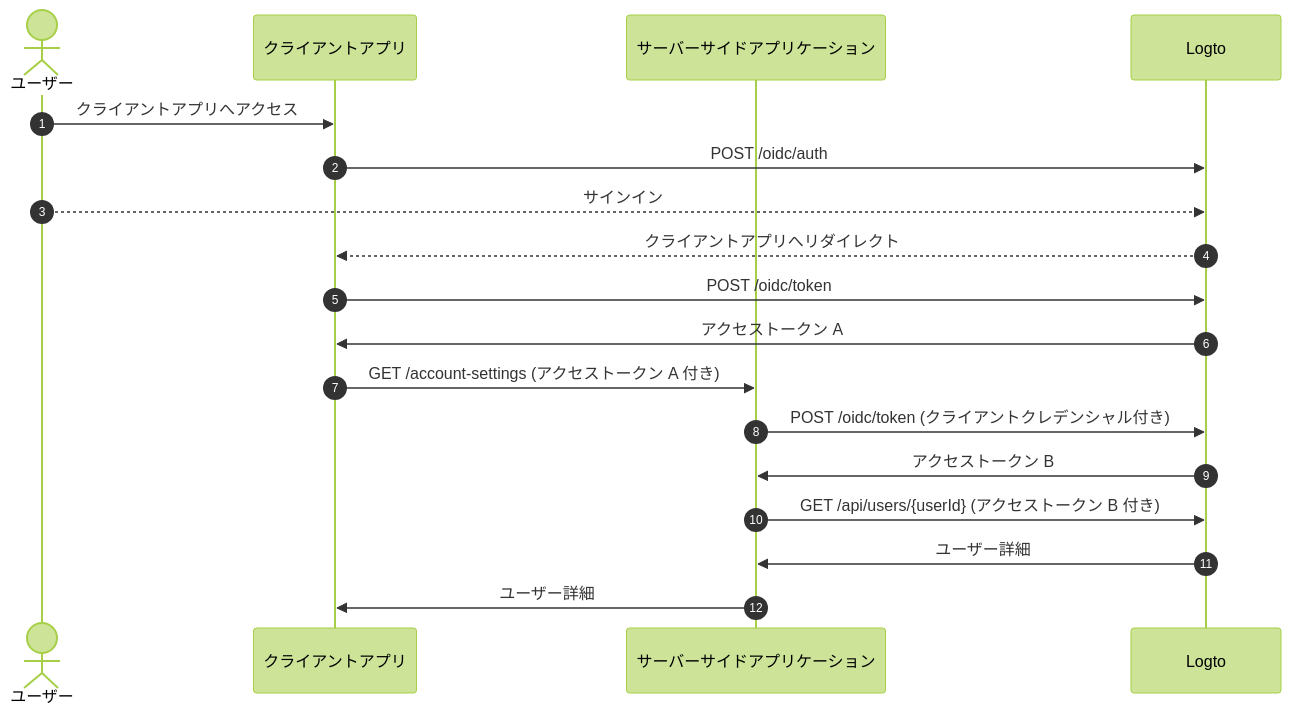
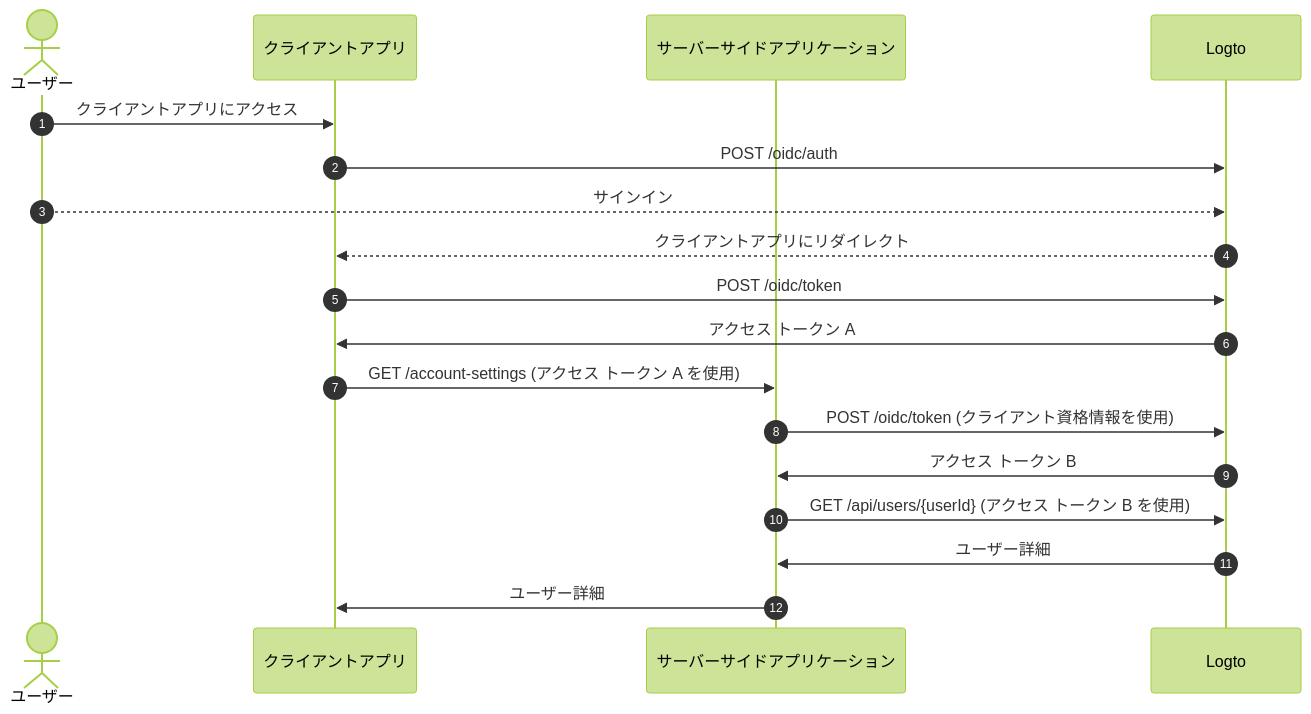
The second of 3 diagrams in i18n/ja/docusaurus-plugin-content-docs/current/end-user-flows/account-settings/by-management-api.mdx (logto-io/docs), drawn with Mermaid (forest theme) before and after one commit. The commit also changed other lines of this file and 102 other files, not shown here.

````diff
--- a/i18n/ja/docusaurus-plugin-content-docs/current/end-user-flows/account-settings/by-management-api.mdx
+++ b/i18n/ja/docusaurus-plugin-content-docs/current/end-user-flows/account-settings/by-management-api.mdx
@@ -27,21 +27,21 @@
 ```mermaid
   sequenceDiagram
     autonumber
     actor User as ユーザー
     participant Client as クライアントアプリ
     participant Server as サーバーサイドアプリケーション
     participant Logto as Logto
 
-    User ->> Client: クライアントアプリへアクセス
+    User ->> Client: クライアントアプリにアクセス
     Client ->> Logto: POST /oidc/auth
     User -->> Logto: サインイン
-    Logto -->> Client: クライアントアプリへリダイレクト
+    Logto -->> Client: クライアントアプリにリダイレクト
     Client ->> Logto: POST /oidc/token
-    Logto ->> Client: アクセストークン A
-    Client ->> Server: GET /account-settings (アクセストークン A 付き)
-    Server ->> Logto: POST /oidc/token (クライアントクレデンシャル付き)
-    Logto ->> Server: アクセストークン B
-    Server ->> Logto: GET /api/users/{userId} (アクセストークン B 付き)
+    Logto ->> Client: アクセス トークン A
+    Client ->> Server: GET /account-settings (アクセス トークン A を使用)
+    Server ->> Logto: POST /oidc/token (クライアント資格情報を使用)
+    Logto ->> Server: アクセス トークン B
+    Server ->> Logto: GET /api/users/{userId} (アクセス トークン B を使用)
     Logto ->> Server: ユーザー詳細
     Server ->> Client: ユーザー詳細
 ```
````
